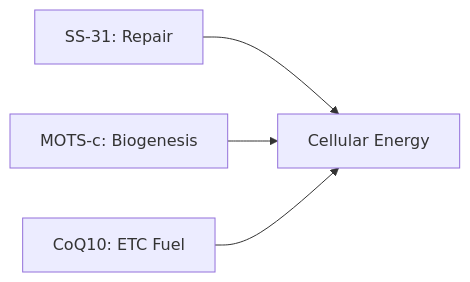
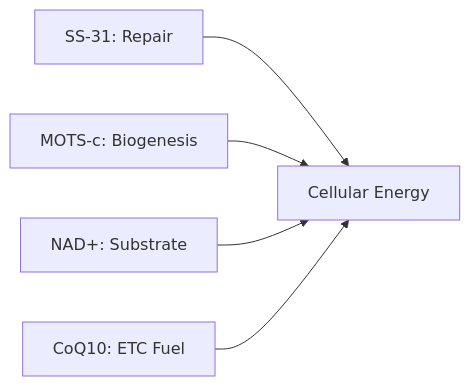
The fourth of 8 diagrams in protocols/athena-protocol.md (199-biotechnologies/199-peptides), drawn with Mermaid before and after one commit. The commit also changed other lines of this file and 1 other file, not shown here.

````diff
--- a/protocols/athena-protocol.md
+++ b/protocols/athena-protocol.md
@@ -108,6 +111,7 @@
 ```mermaid
 flowchart LR
     SS31[SS-31: Repair] --> E[Cellular Energy]
     MOTS[MOTS-c: Biogenesis] --> E
+    NAD[NAD+: Substrate] --> E
     COQ[CoQ10: ETC Fuel] --> E
 ```
````
